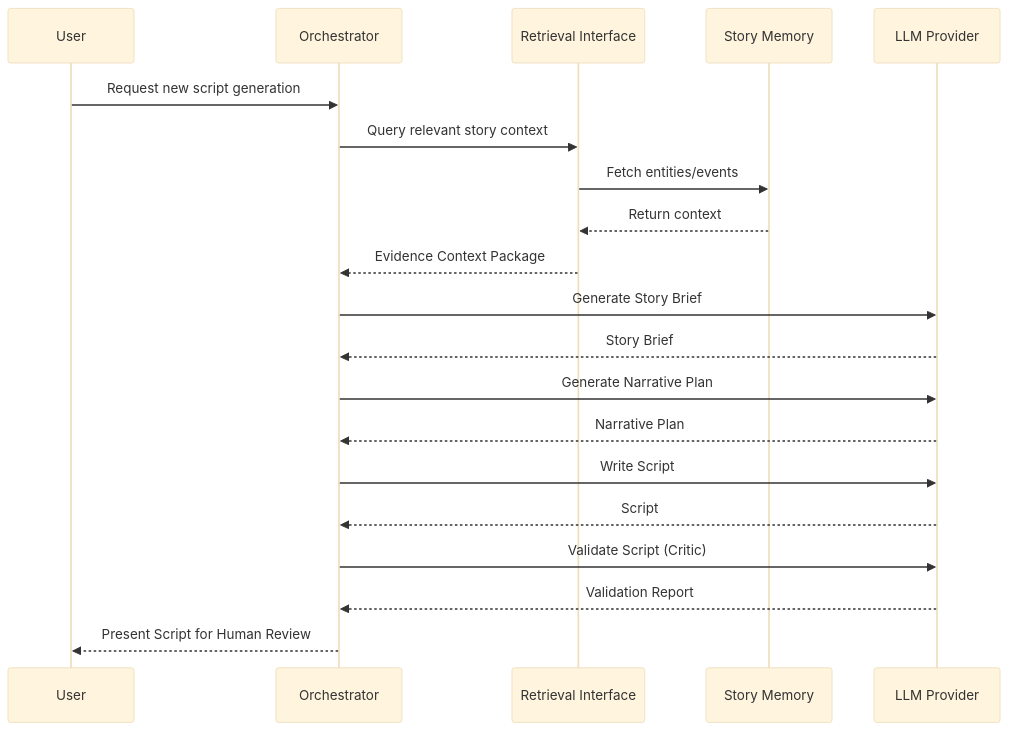
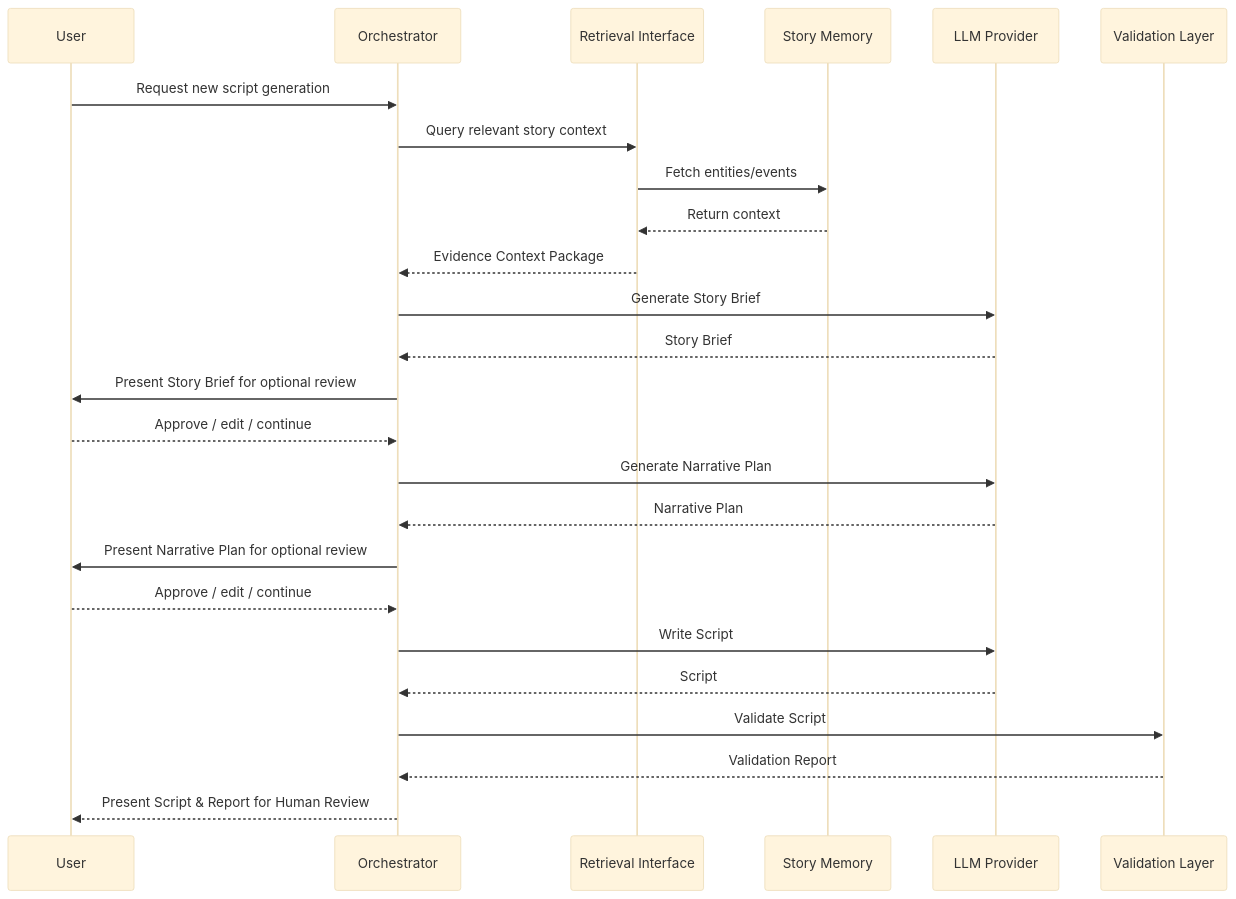
One commit to AnhTaizz/AI-storytelling changed the second of 2 diagrams in docs/TARGET_ARCHITECTURE.md. Above: the diagram before and after it, drawn with Mermaid (base theme). The commit also changed other lines of this file, not shown here.

Commit message:
docs: align target architecture with accepted roadmap (TASK 001K-R0-FIX)

````diff
--- a/docs/TARGET_ARCHITECTURE.md
+++ b/docs/TARGET_ARCHITECTURE.md
@@ -25,28 +38,33 @@
 ```mermaid
 sequenceDiagram
     participant User
     participant Orchestrator
     participant Retrieval Interface
     participant Story Memory
     participant LLM Provider
+    participant Validation Layer
     
     User->>Orchestrator: Request new script generation
     Orchestrator->>Retrieval Interface: Query relevant story context
     Retrieval Interface->>Story Memory: Fetch entities/events
     Story Memory-->>Retrieval Interface: Return context
     Retrieval Interface-->>Orchestrator: Evidence Context Package
     
     Orchestrator->>LLM Provider: Generate Story Brief
     LLM Provider-->>Orchestrator: Story Brief
+    Orchestrator->>User: Present Story Brief for optional review
+    User-->>Orchestrator: Approve / edit / continue
     
     Orchestrator->>LLM Provider: Generate Narrative Plan
     LLM Provider-->>Orchestrator: Narrative Plan
+    Orchestrator->>User: Present Narrative Plan for optional review
+    User-->>Orchestrator: Approve / edit / continue
     
     Orchestrator->>LLM Provider: Write Script
     LLM Provider-->>Orchestrator: Script
     
-    Orchestrator->>LLM Provider: Validate Script (Critic)
-    LLM Provider-->>Orchestrator: Validation Report
+    Orchestrator->>Validation Layer: Validate Script
+    Validation Layer-->>Orchestrator: Validation Report
     
-    Orchestrator-->>User: Present Script for Human Review
+    Orchestrator-->>User: Present Script & Report for Human Review
 ```
````
